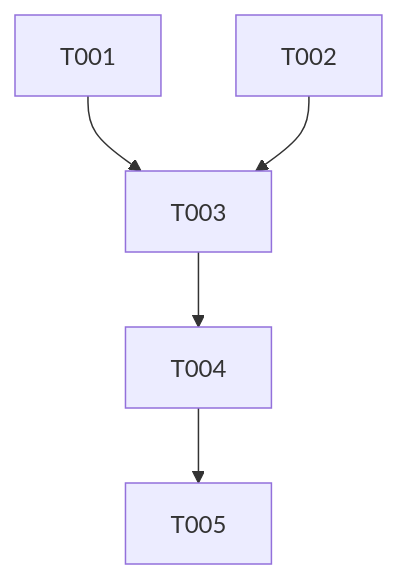
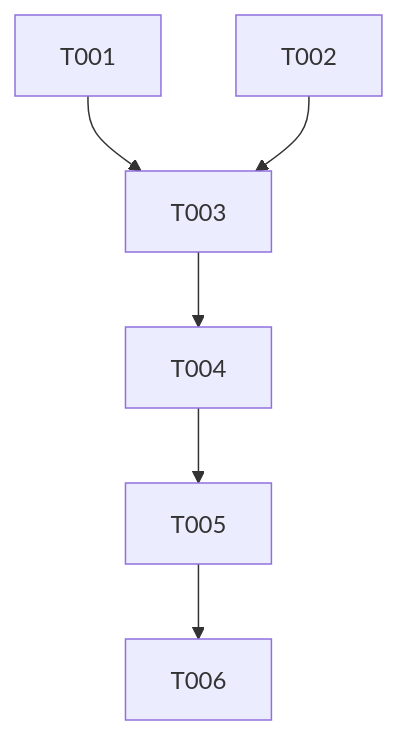
The diagram in specs/009-fix-publish-workflow/tasks.md (pyaethu-aung/uuid-generator), drawn with Mermaid before and after one commit. The commit also changed other lines of this file, not shown here.

````diff
--- a/specs/009-fix-publish-workflow/tasks.md
+++ b/specs/009-fix-publish-workflow/tasks.md
@@ -33,7 +34,8 @@
 ```mermaid
 graph TD
   T001 --> T003
   T002 --> T003
   T003 --> T004
   T004 --> T005
+  T005 --> T006
 ```
````
